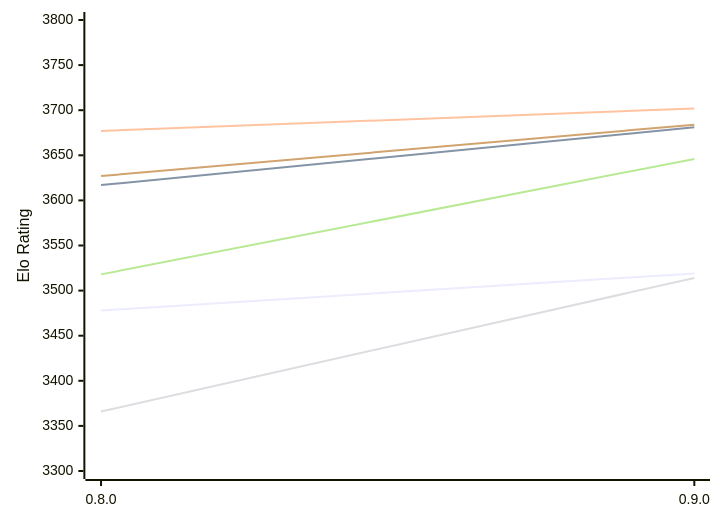
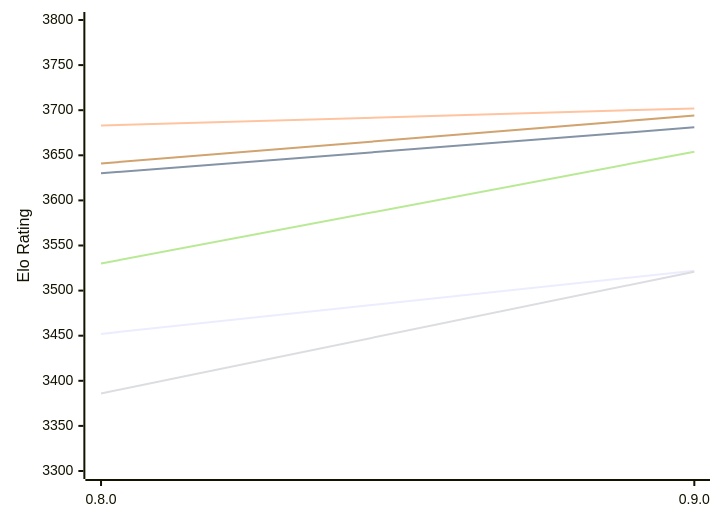
The first of 2 diagrams in engines/Reckless.md (computer-chess-index/cci), drawn with Mermaid before and after one commit. The commit also changed other lines of this file, not shown here.

Commit message:
Update CCI Ratings (ELO VLTC) - 2026-11-25

````diff
--- a/engines/Reckless.md
+++ b/engines/Reckless.md
@@ -50,12 +50,12 @@
 ```mermaid
 %%{init: {"theme":"base","themeVariables":{"seriesColors:['#a3a3a3','#222221','#faa371']}}}%%
 xychart-beta
   x-axis ["0.8.0", "0.9.0"]
   y-axis "Elo Rating" 3300 --> 3800
-  line "E1: STC (8.0+0.08s)" [3478, 3519]
-  line "E1: LTC (60.0+0.60s)" [3617, 3681]
-  line "E1: VLTC (2m24s+1.12s)" [3677, 3702]
-  line "P1: STC (8.0+0.08s)" [3366, 3514]
-  line "P1: LTC (60.0+0.60s)" [3518, 3646]
-  line "P1: VLTC (2m24s+1.12s)" [3627, 3684]
+  line "E1: STC (8.0+0.08s)" [3452, 3522]
+  line "E1: LTC (60.0+0.60s)" [3630, 3681]
+  line "E1: VLTC (2m24s+1.12s)" [3683, 3702]
+  line "P1: STC (8.0+0.08s)" [3386, 3521]
+  line "P1: LTC (60.0+0.60s)" [3530, 3654]
+  line "P1: VLTC (2m24s+1.12s)" [3641, 3694]
 ```
````
